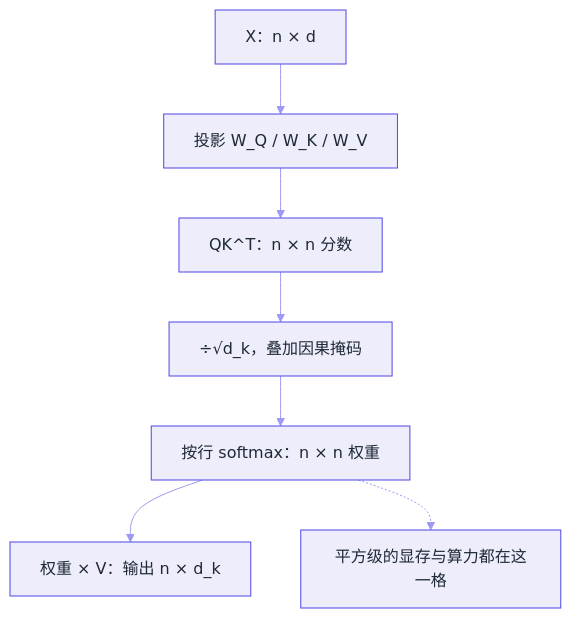
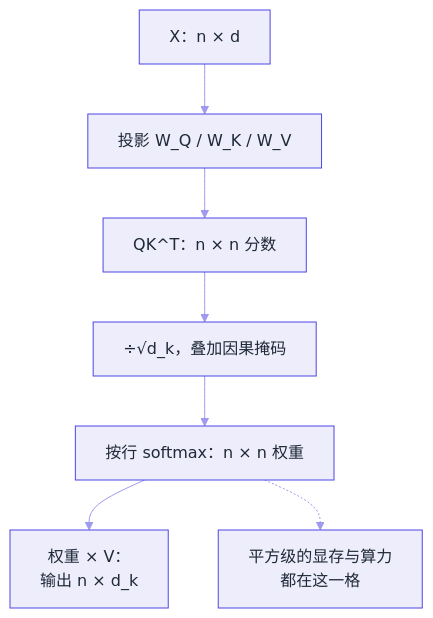
The diagram in docs/03-llm/transformer-attention.md (funny8kids/ai-agent-handbook), drawn with Mermaid before and after one commit. The commit also changed 7 other files, not shown here.

````diff
--- a/docs/03-llm/transformer-attention.md
+++ b/docs/03-llm/transformer-attention.md
@@ -48,10 +48,10 @@
 ```mermaid
 %%{init: {"theme":"base","themeVariables":{"primaryColor":"#EDEDFC","primaryBorderColor":"#4F46E5","primaryTextColor":"#1F2937","secondaryColor":"#D8D6F9","tertiaryColor":"#F8F8FE","lineColor":"#9E99F1","actorBkg":"#F1F0FD","actorBorder":"#4F46E5","actorTextColor":"#1F2937","signalColor":"#847EED","noteBkgColor":"#DFDEFA","noteBorderColor":"#4F46E5","noteTextColor":"#1F2937","labelBoxBkgColor":"#EDEDFC","labelBoxBorderColor":"#4F46E5"}}}%%
 flowchart TD
   X["X：n × d"] --> P["投影 W_Q / W_K / W_V"]
   P --> S["QK^T：n × n 分数"]
   S --> G["÷√d_k，叠加因果掩码"]
   G --> W["按行 softmax：n × n 权重"]
-  W --> O["权重 × V：输出 n × d_k"]
-  W -.-> N["平方级的显存与算力都在这一格"]
+  W --> O["权重 × V：<br/>输出 n × d_k"]
+  W -.-> N["平方级的显存与算力<br/>都在这一格"]
 ```
````
